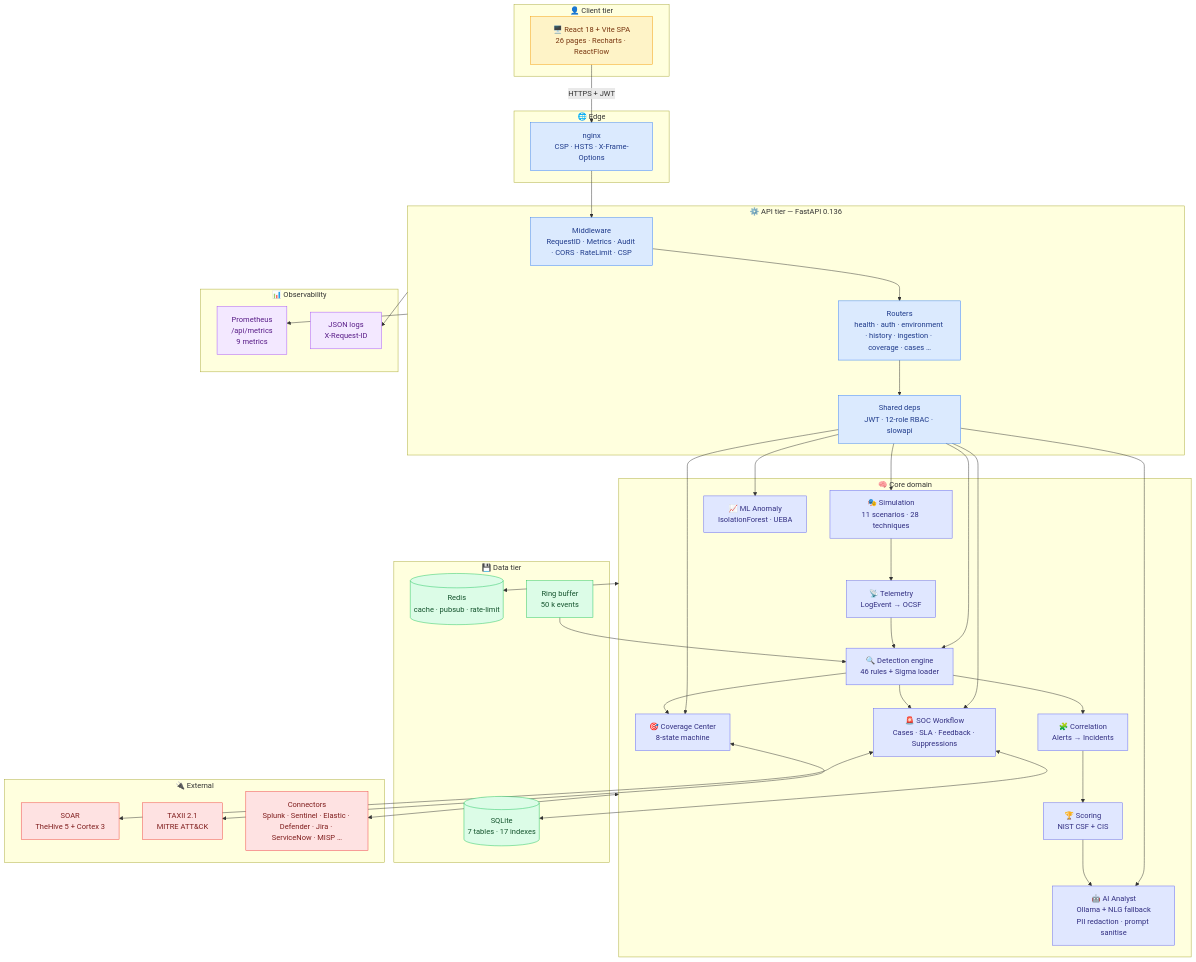
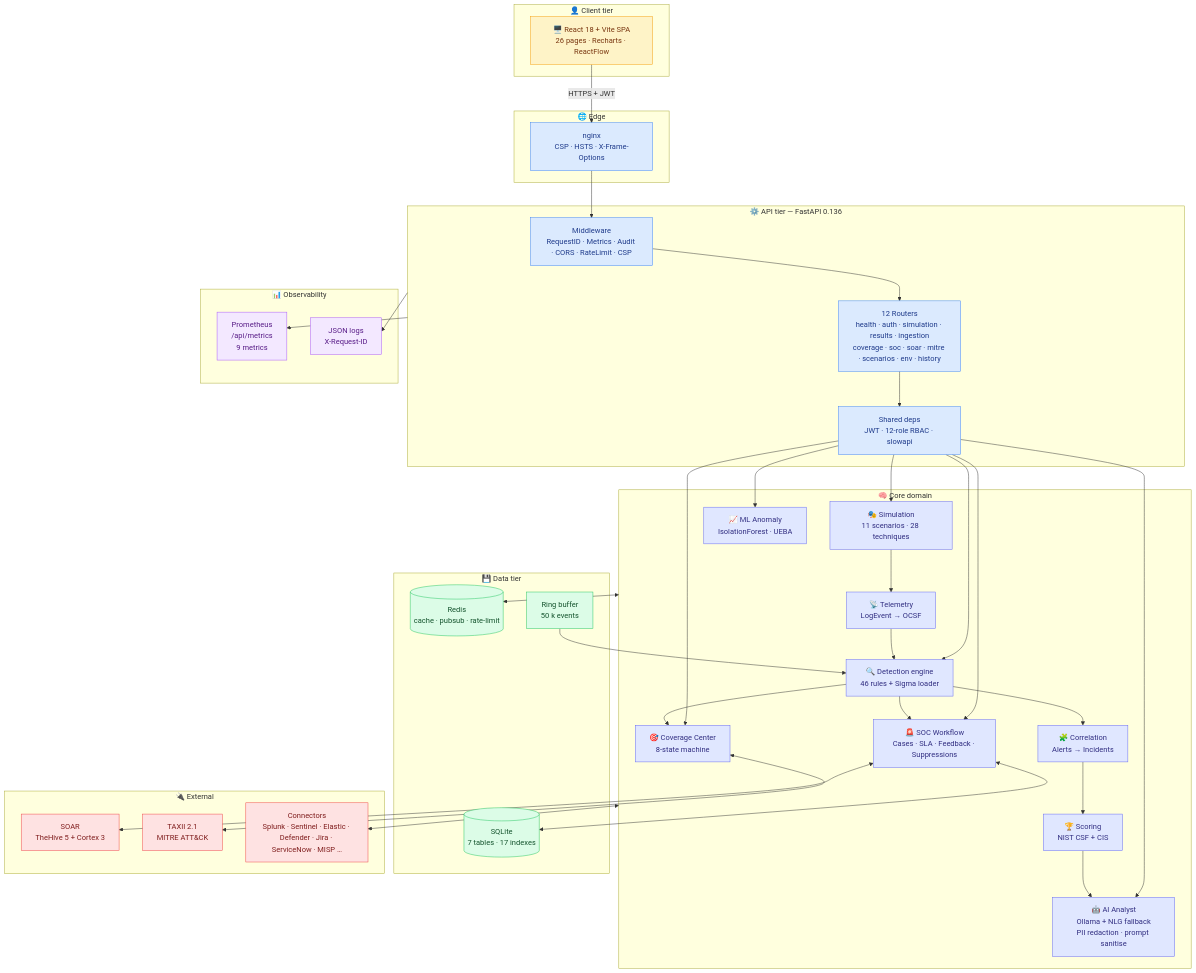
One commit to omarbabba779xx/CyberTwin-SOC changed the third of 12 diagrams in README.md. Above: the diagram before and after it, drawn with Mermaid. The commit also changed other lines of this file and 28 other files, not shown here.

````diff
--- a/README.md
+++ b/README.md
@@ -163,72 +165,72 @@
 ```mermaid
 flowchart TB
     subgraph Client["👤 Client tier"]
         UI["🖥️ React 18 + Vite SPA<br/>26 pages · Recharts · ReactFlow"]
     end
 
     subgraph Edge["🌐 Edge"]
         NX["nginx<br/>CSP · HSTS · X-Frame-Options"]
     end
 
     subgraph API["⚙️ API tier — FastAPI 0.136"]
         MW["Middleware<br/>RequestID · Metrics · Audit · CORS · RateLimit · CSP"]
-        ROUT["Routers<br/>health · auth · environment · history · ingestion · coverage · cases …"]
+        ROUT["12 Routers<br/>health · auth · simulation · results · ingestion<br/>coverage · soc · soar · mitre · scenarios · env · history"]
         DEPS["Shared deps<br/>JWT · 12-role RBAC · slowapi"]
     end
 
     subgraph Core["🧠 Core domain"]
         SIM["🎭 Simulation<br/>11 scenarios · 28 techniques"]
         TEL["📡 Telemetry<br/>LogEvent → OCSF"]
         DET["🔍 Detection engine<br/>46 rules + Sigma loader"]
         COR["🧩 Correlation<br/>Alerts → Incidents"]
         SCO["🏆 Scoring<br/>NIST CSF + CIS"]
         AI["🤖 AI Analyst<br/>Ollama + NLG fallback<br/>PII redaction · prompt sanitise"]
         ANO["📈 ML Anomaly<br/>IsolationForest · UEBA"]
         SOC["🚨 SOC Workflow<br/>Cases · SLA · Feedback · Suppressions"]
         COV["🎯 Coverage Center<br/>8-state machine"]
     end
 
     subgraph Data["💾 Data tier"]
         DB[("SQLite<br/>7 tables · 17 indexes")]
         REDIS[("Redis<br/>cache · pubsub · rate-limit")]
         BUF["Ring buffer<br/>50 k events"]
     end
 
     subgraph Obs["📊 Observability"]
         PROM["Prometheus<br/>/api/metrics<br/>9 metrics"]
         LOG["JSON logs<br/>X-Request-ID"]
     end
 
     subgraph Ext["🔌 External"]
         SOAR["SOAR<br/>TheHive 5 + Cortex 3"]
         TAXII["TAXII 2.1<br/>MITRE ATT&CK"]
         CONN["Connectors<br/>Splunk · Sentinel · Elastic · Defender · Jira · ServiceNow · MISP …"]
     end
 
     UI -->|HTTPS + JWT| NX --> MW --> ROUT --> DEPS
     DEPS --> SIM & DET & SOC & COV & AI & ANO
     SIM --> TEL --> DET --> COR --> SCO --> AI
     DET --> SOC
     BUF --> DET
     SOC <--> DB
     DET --> COV
     Core <--> REDIS
     API --> PROM & LOG
     SOC <--> SOAR
     COV <--> TAXII
     Core <--> CONN
 
     classDef client fill:#fef3c7,stroke:#f59e0b,color:#78350f
     classDef api fill:#dbeafe,stroke:#3b82f6,color:#1e3a8a
     classDef core fill:#e0e7ff,stroke:#6366f1,color:#312e81
     classDef data fill:#dcfce7,stroke:#22c55e,color:#14532d
     classDef obs fill:#f3e8ff,stroke:#a855f7,color:#581c87
     classDef ext fill:#fee2e2,stroke:#ef4444,color:#7f1d1d
 
     class UI client
     class NX,MW,ROUT,DEPS api
     class SIM,TEL,DET,COR,SCO,AI,ANO,SOC,COV core
     class DB,REDIS,BUF data
     class PROM,LOG obs
     class SOAR,TAXII,CONN ext
 ```
````
